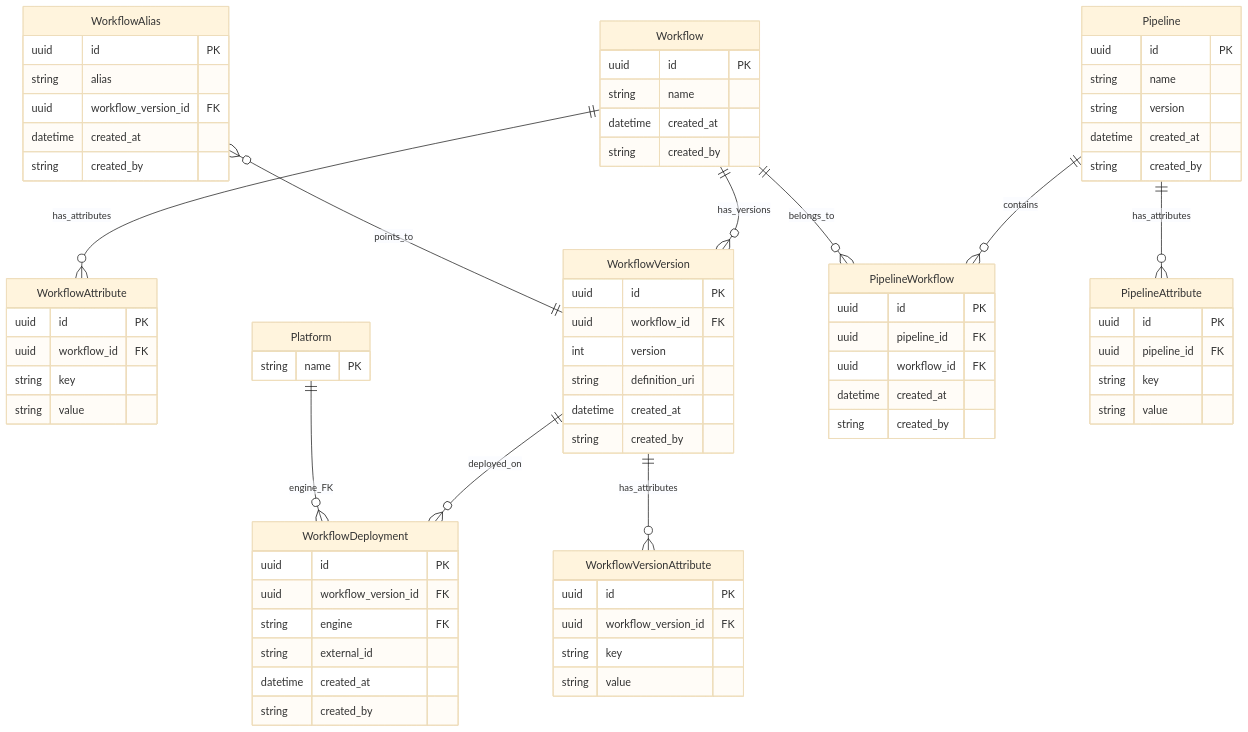
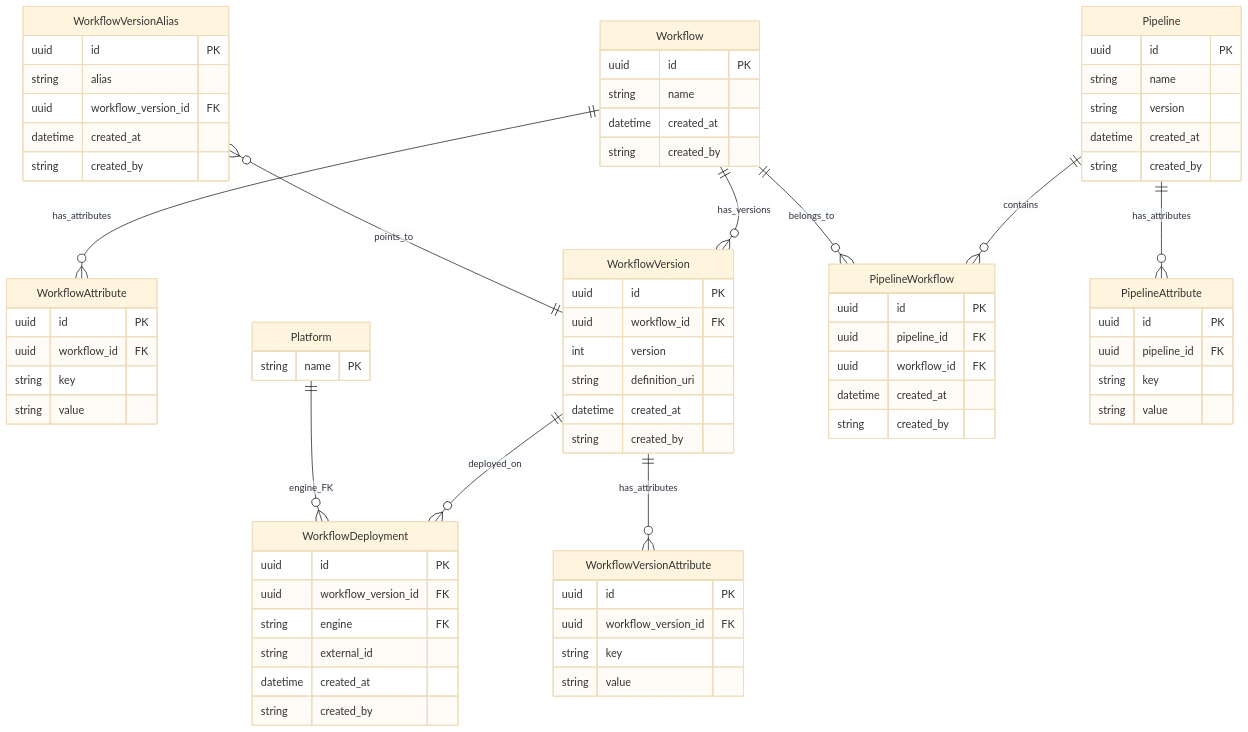
Before and after one commit to NGS360/APIServer: the diagram in docs/WORKFLOWS_AND_PIPELINES.md, drawn with Mermaid (base theme). The commit also changed other lines of this file, not shown here.

Commit message:
Revert WorkflowAlias back to WorkflowVersionAlias

```diff
--- a/docs/WORKFLOWS_AND_PIPELINES.md
+++ b/docs/WORKFLOWS_AND_PIPELINES.md
@@ -27,7 +27,7 @@
     WorkflowVersion ||--o{ WorkflowDeployment : deployed_on
     WorkflowVersion ||--o{ WorkflowVersionAttribute : has_attributes
 
-    WorkflowAlias }o--|| WorkflowVersion : points_to
+    WorkflowVersionAlias }o--|| WorkflowVersion : points_to
 
     Platform ||--o{ WorkflowDeployment : engine_FK
 
@@ -69,7 +69,7 @@
         string value
     }
 
-    WorkflowAlias {
+    WorkflowVersionAlias {
         uuid id PK
         string alias
         uuid workflow_version_id FK
```
